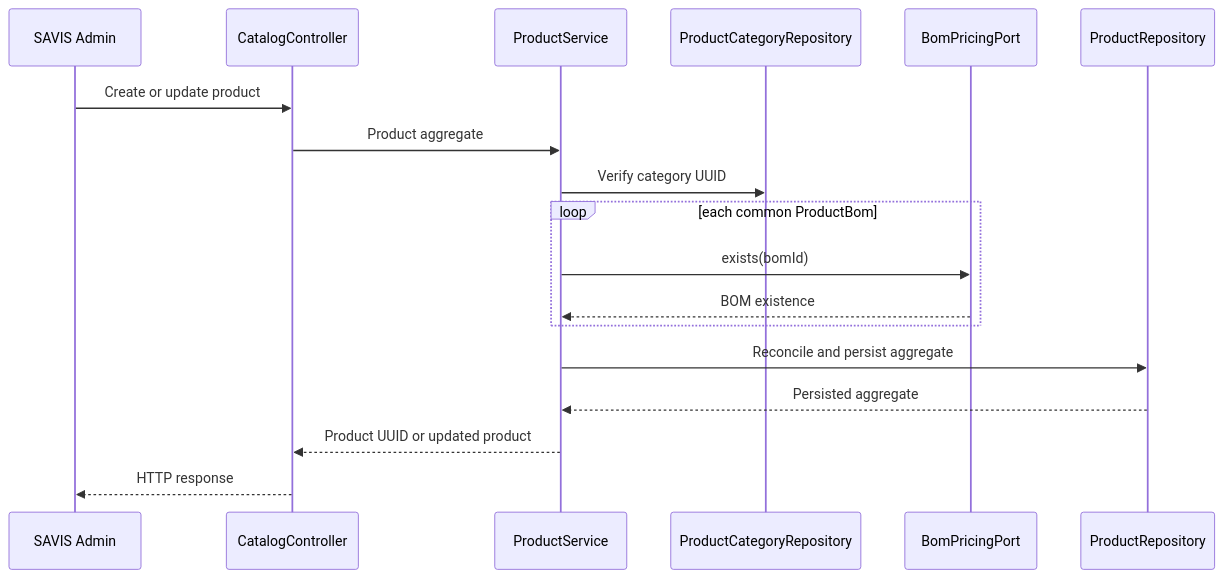
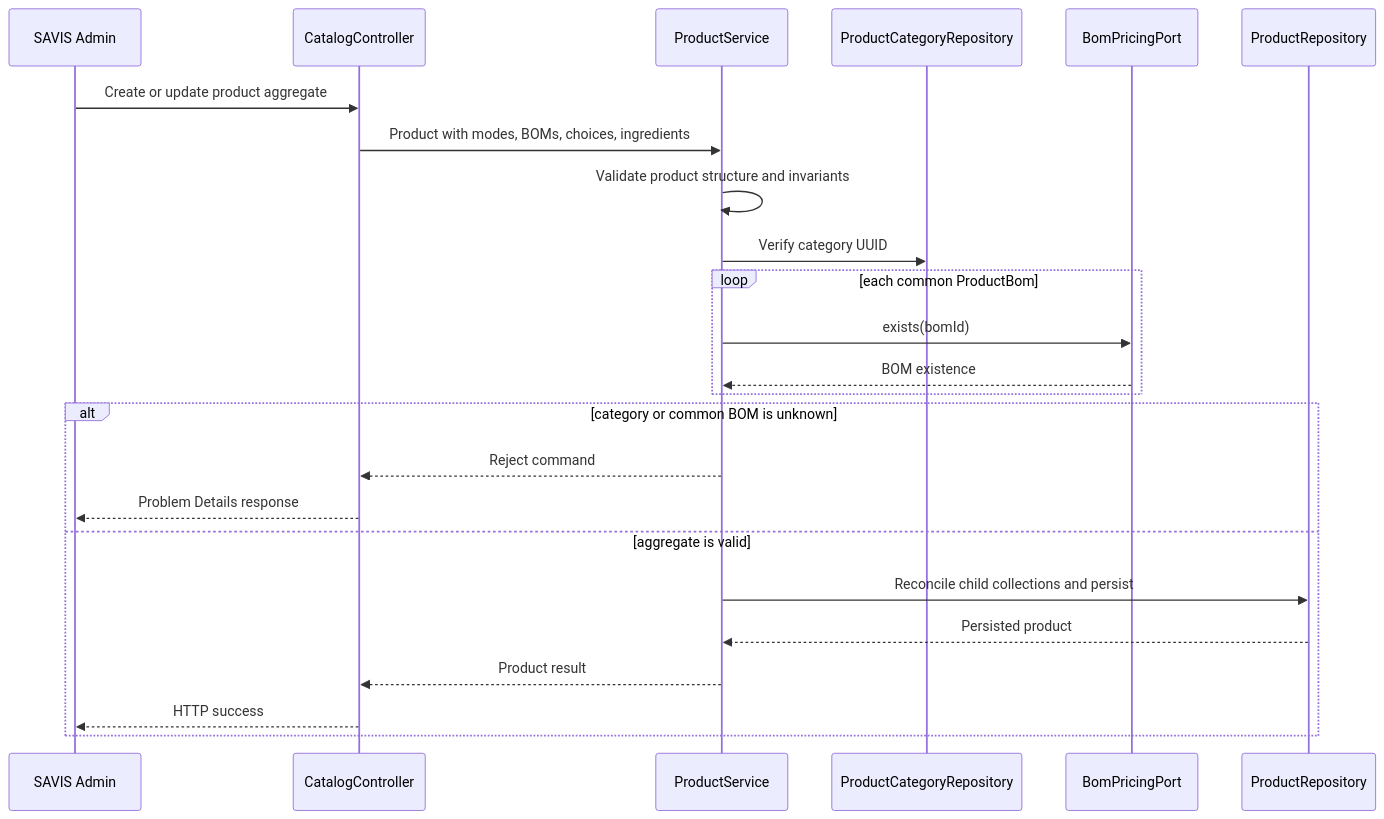
Diagram 13 of 17 in docs/ARCHITECTURE.md (wiljeanlouis/savis), drawn with Mermaid before and after one commit. The commit also changed other lines of this file and 4 other files, not shown here.

````diff
--- a/docs/ARCHITECTURE.md
+++ b/docs/ARCHITECTURE.md
@@ -423,21 +665,27 @@
 ```mermaid
 sequenceDiagram
   participant Admin as SAVIS Admin
-  participant Catalog as CatalogController
-  participant Product as ProductService
-  participant Category as ProductCategoryRepository
+  participant Controller as CatalogController
+  participant Products as ProductService
+  participant Categories as ProductCategoryRepository
   participant BomPort as BomPricingPort
   participant Repository as ProductRepository
 
-  Admin->>Catalog: Create or update product
-  Catalog->>Product: Product aggregate
-  Product->>Category: Verify category UUID
+  Admin->>Controller: Create or update product aggregate
+  Controller->>Products: Product with modes, BOMs, choices, ingredients
+  Products->>Products: Validate product structure and invariants
+  Products->>Categories: Verify category UUID
   loop each common ProductBom
-    Product->>BomPort: exists(bomId)
-    BomPort-->>Product: BOM existence
+    Products->>BomPort: exists(bomId)
+    BomPort-->>Products: BOM existence
   end
-  Product->>Repository: Reconcile and persist aggregate
-  Repository-->>Product: Persisted aggregate
-  Product-->>Catalog: Product UUID or updated product
-  Catalog-->>Admin: HTTP response
+  alt category or common BOM is unknown
+    Products-->>Controller: Reject command
+    Controller-->>Admin: Problem Details response
+  else aggregate is valid
+    Products->>Repository: Reconcile child collections and persist
+    Repository-->>Products: Persisted product
+    Products-->>Controller: Product result
+    Controller-->>Admin: HTTP success
+  end
 ```
````
